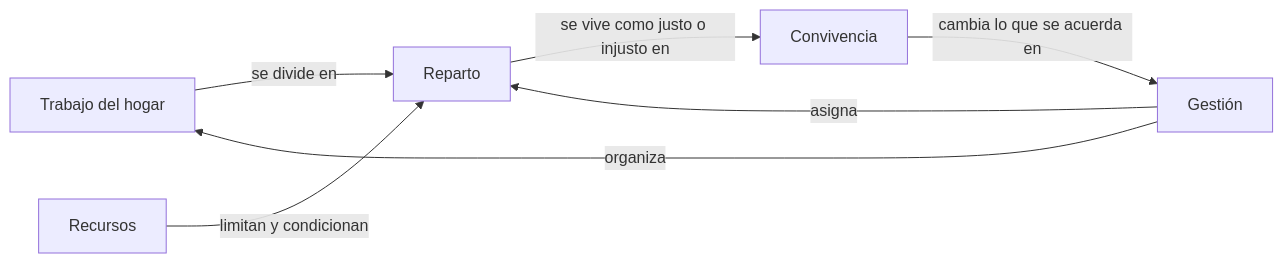
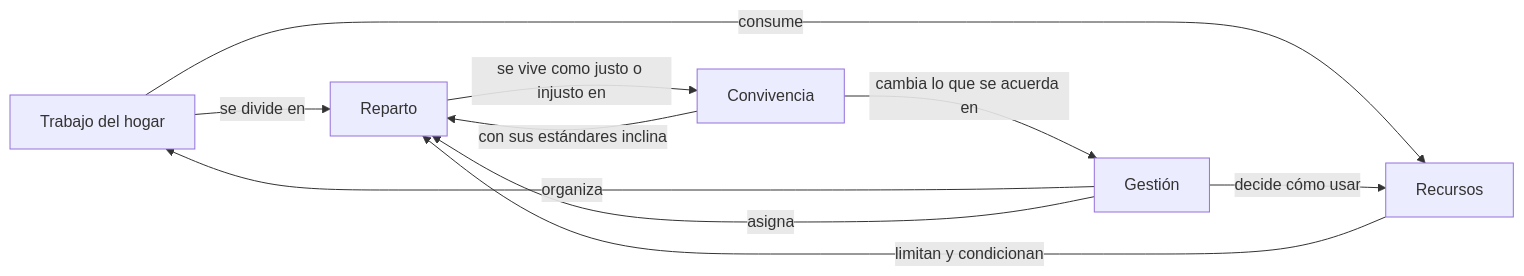
Before and after one commit to mtsdlf/conocimiento: the diagram in Hogar/hogar.md, drawn with Mermaid. The commit also changed other lines of this file and 25 other files, not shown here.

````diff
--- a/Hogar/hogar.md
+++ b/Hogar/hogar.md
@@ -26,9 +26,12 @@
 ```mermaid
 flowchart LR
   T[Trabajo del hogar] -->|se divide en| R[Reparto]
-  Rec[Recursos] -->|limitan y condicionan| R
+  T -->|consume| Rec[Recursos]
+  Rec -->|limitan y condicionan| R
   G[Gestión] -->|organiza| T
   G -->|asigna| R
+  G -->|decide cómo usar| Rec
   R -->|se vive como justo o injusto en| C[Convivencia]
+  C -->|con sus estándares inclina| R
   C -->|cambia lo que se acuerda en| G
 ```
````
